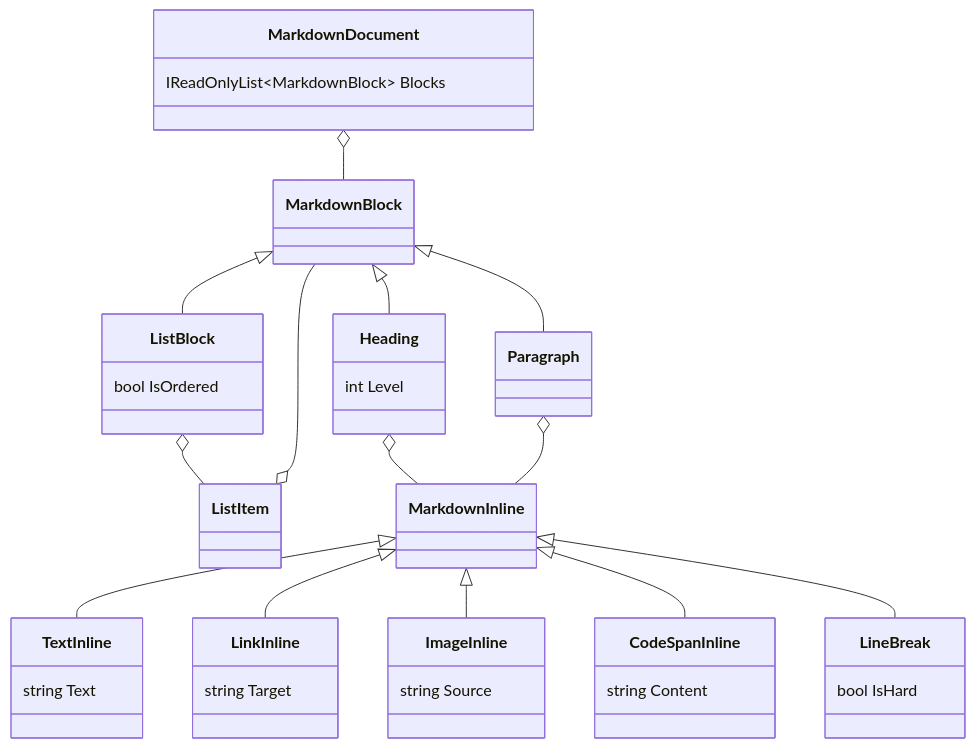
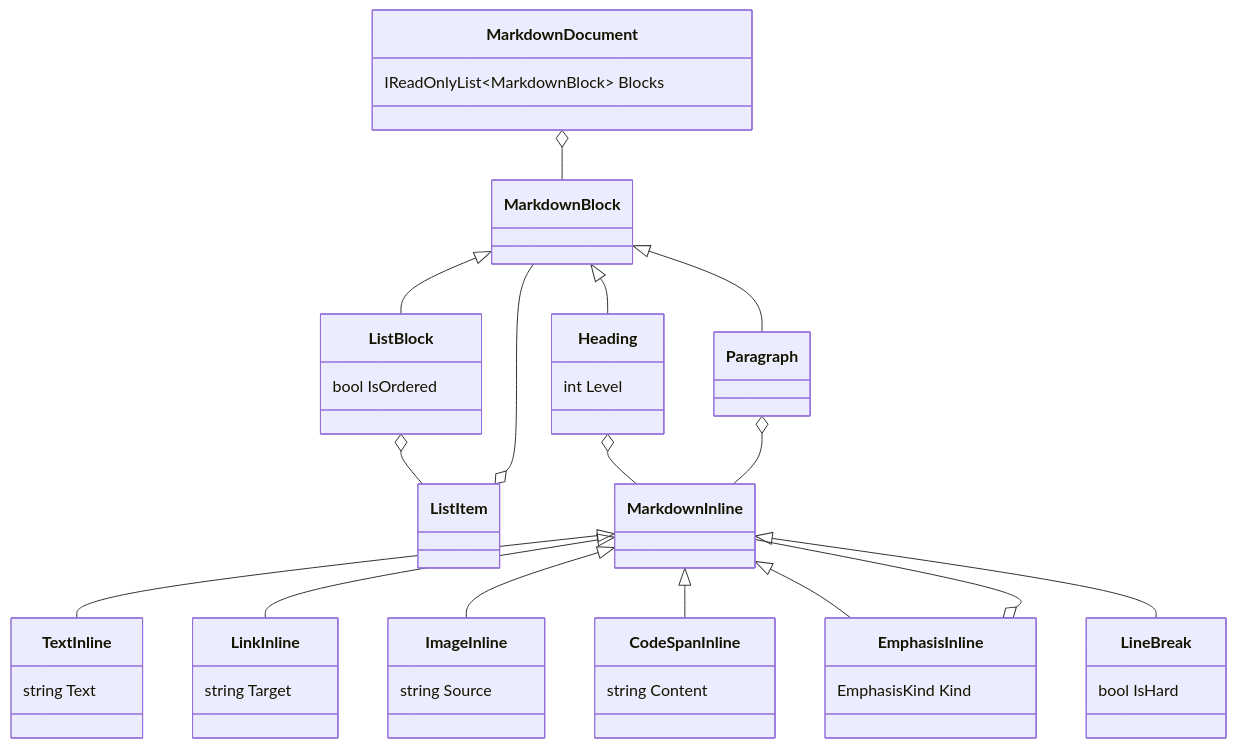
Before and after one commit to pengzhengyi/godot-dialoguedown: the second of 2 diagrams in docs/Implementation Notes/Markdown Front-End.md, drawn with Mermaid. The commit also changed other lines of this file, not shown here.

First line of the commit message:
docs(markdown-front-end): design emphasis modeling (reverse D2)

````diff
--- a/docs/Implementation Notes/Markdown Front-End.md
+++ b/docs/Implementation Notes/Markdown Front-End.md
@@ -119,31 +120,34 @@
 ```mermaid
 classDiagram
     class MarkdownDocument {
         IReadOnlyList~MarkdownBlock~ Blocks
     }
     class MarkdownBlock
     class Heading { int Level }
     class Paragraph
     class ListBlock { bool IsOrdered }
     class ListItem
     class MarkdownInline
     class TextInline { string Text }
     class LinkInline { string Target }
     class ImageInline { string Source }
     class CodeSpanInline { string Content }
+    class EmphasisInline { EmphasisKind Kind }
     class LineBreak { bool IsHard }
 
     MarkdownDocument o-- MarkdownBlock
     MarkdownBlock <|-- Heading
     MarkdownBlock <|-- Paragraph
     MarkdownBlock <|-- ListBlock
     ListBlock o-- ListItem
     ListItem o-- MarkdownBlock
     Heading o-- MarkdownInline
     Paragraph o-- MarkdownInline
     MarkdownInline <|-- TextInline
     MarkdownInline <|-- LinkInline
     MarkdownInline <|-- ImageInline
     MarkdownInline <|-- CodeSpanInline
+    MarkdownInline <|-- EmphasisInline
     MarkdownInline <|-- LineBreak
+    EmphasisInline o-- MarkdownInline
 ```
````
